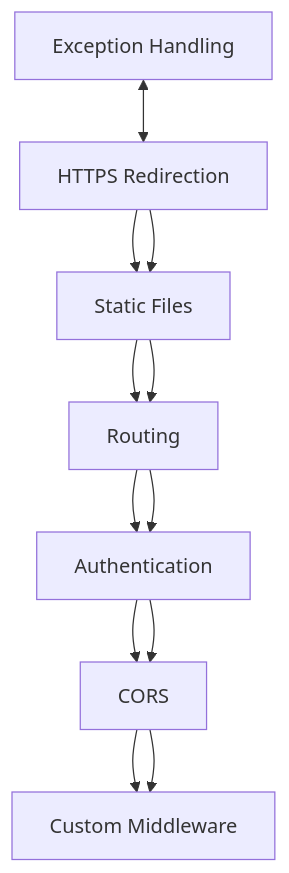
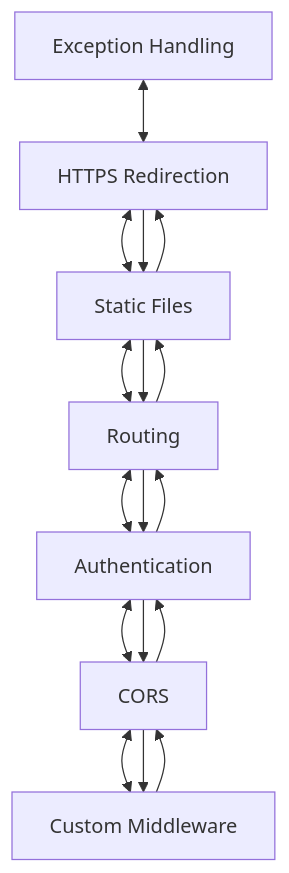
Before and after one commit to Rick-Anderson/MiddlewareMermaid: the diagram in MiddlewareMermaid/graphTD3.md, drawn with Mermaid.

````diff
--- a/MiddlewareMermaid/graphTD3.md
+++ b/MiddlewareMermaid/graphTD3.md
@@ -1,15 +1,22 @@
 ```mermaid
 graph TD;
     A[Exception Handling] <--> B[HTTPS Redirection];
-    B --> C[Static Files];
-    C --> D[Routing];
-    D --> E[Authentication];
-    E --> F[CORS];
-    F --> G[Custom Middleware];
+    B <--> C[Static Files];
+    C <--> D[Routing];
+    D <--> E[Authentication];
+    E <--> F[CORS];
+    F <--> G[Custom Middleware];
     
     B --> C;
     C --> D;
     D --> E;
     E --> F;
     F --> G;
+    
+    C --> B;
+    D --> C;
+    E --> D;
+    F --> E;
+    G --> F;
+
 ```
````
